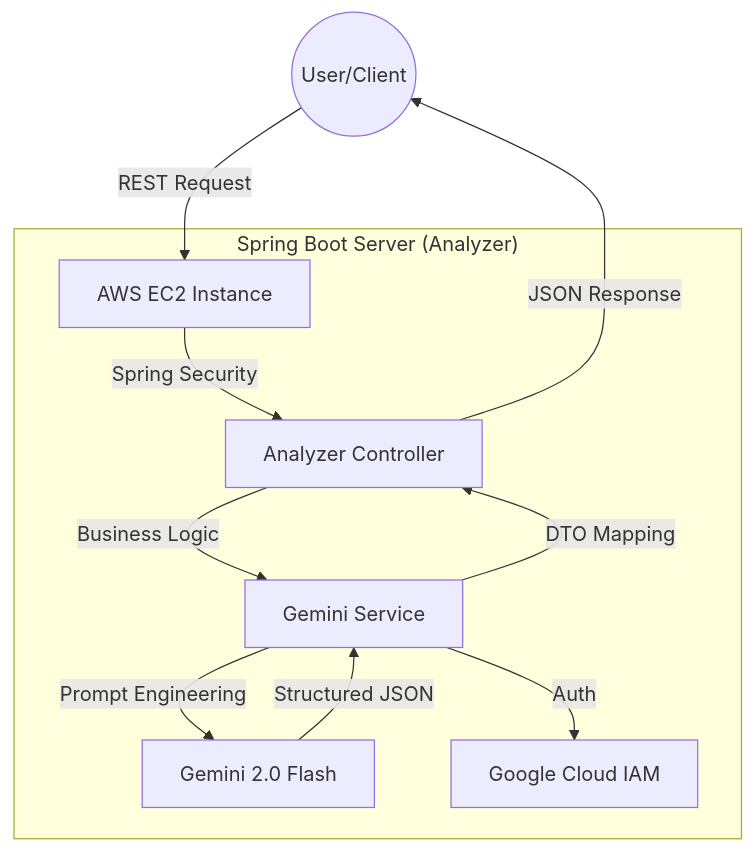
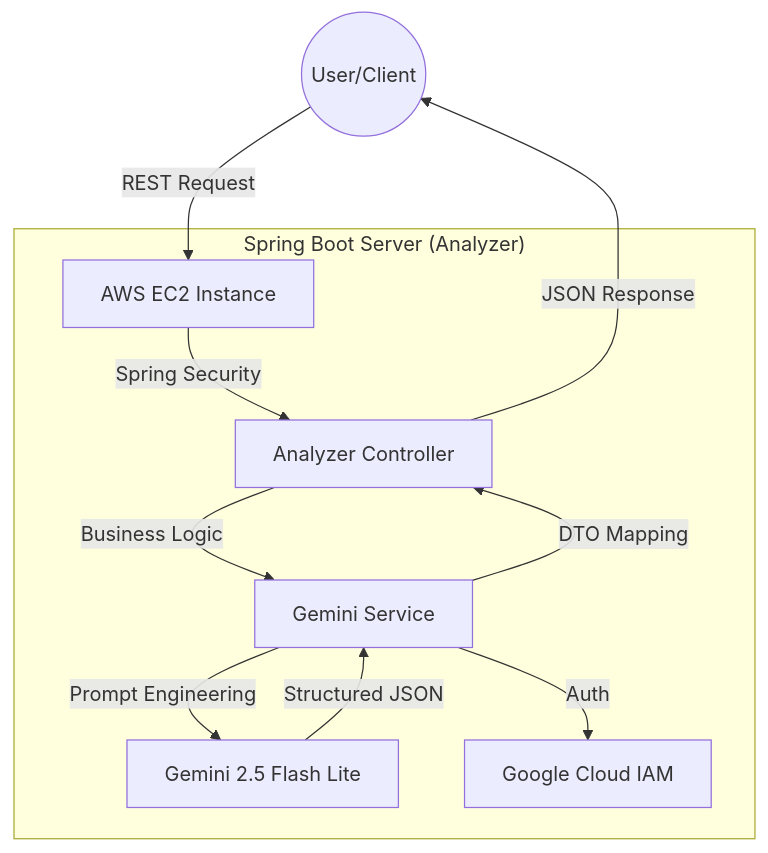
One commit to 2daKaizen-gun/kotona-analyzer changed the diagram in README.md. Above: the diagram before and after it, drawn with Mermaid. The commit also changed other lines of this file, not shown here.

````diff
--- a/README.md
+++ b/README.md
@@ -42,13 +42,13 @@
 ```mermaid
 graph TD
   User((User/Client)) -->|REST Request| EC2[AWS EC2 Instance]
   subgraph "Spring Boot Server (Analyzer)"
     EC2 -->|Spring Security| Controller[Analyzer Controller]
     Controller -->|Business Logic| Service[Gemini Service]
-    Service -->|Prompt Engineering| Gemini[Gemini 2.0 Flash]
+    Service -->|Prompt Engineering| Gemini[Gemini 2.5 Flash Lite]
     Service -->|Auth| GCP[Google Cloud IAM]
   end
   Gemini -->|Structured JSON| Service
   Service -->|DTO Mapping| Controller
   Controller -->|JSON Response| User
 ```
````
